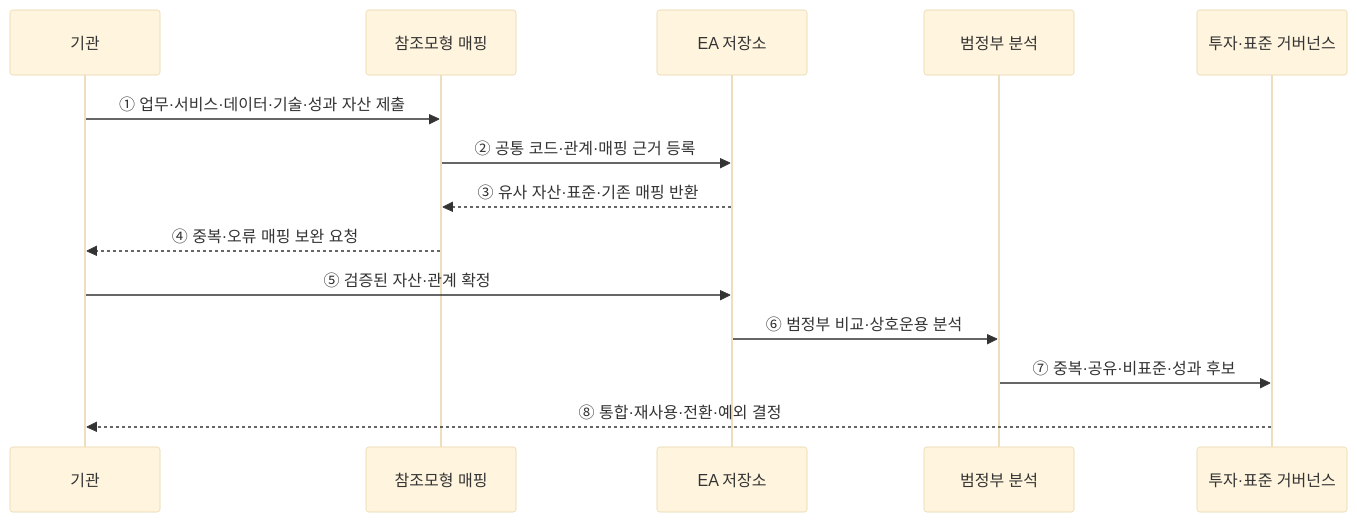
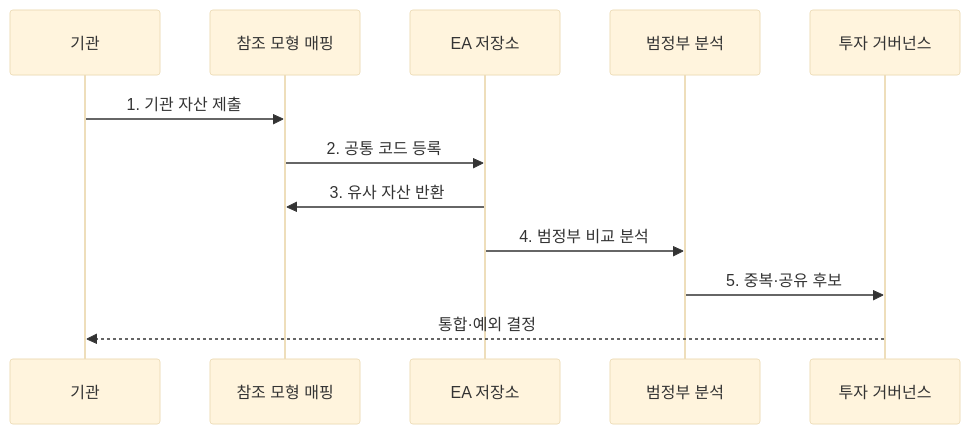
One commit to agnusdei1207/knowledge-base changed the second of 2 diagrams in src/content/docs/notes/03-software/190_government_ea_trm_drm.md. Above: the diagram before and after it, drawn with Mermaid (base theme). The commit also changed other lines of this file and 20 other files, not shown here.

````diff
--- a/src/content/docs/notes/03-software/190_government_ea_trm_drm.md
+++ b/src/content/docs/notes/03-software/190_government_ea_trm_drm.md
@@ -71,16 +78,14 @@
 ```mermaid
 sequenceDiagram
     participant I as 기관
-    participant M as 참조모형 매핑
+    participant M as 참조 모형 매핑
     participant R as EA 저장소
     participant A as 범정부 분석
-    participant G as 투자·표준 거버넌스
-    I->>M: ① 업무·서비스·데이터·기술·성과 자산 제출
-    M->>R: ② 공통 코드·관계·매핑 근거 등록
-    R-->>M: ③ 유사 자산·표준·기존 매핑 반환
-    M-->>I: ④ 중복·오류 매핑 보완 요청
-    I->>R: ⑤ 검증된 자산·관계 확정
-    R->>A: ⑥ 범정부 비교·상호운용 분석
-    A->>G: ⑦ 중복·공유·비표준·성과 후보
-    G-->>I: ⑧ 통합·재사용·전환·예외 결정
+    participant G as 투자 거버넌스
+    I->>M: 1. 기관 자산 제출
+    M->>R: 2. 공통 코드 등록
+    R->>M: 3. 유사 자산 반환
+    R->>A: 4. 범정부 비교 분석
+    A->>G: 5. 중복·공유 후보
+    G-->>I: 통합·예외 결정
 ```
````
